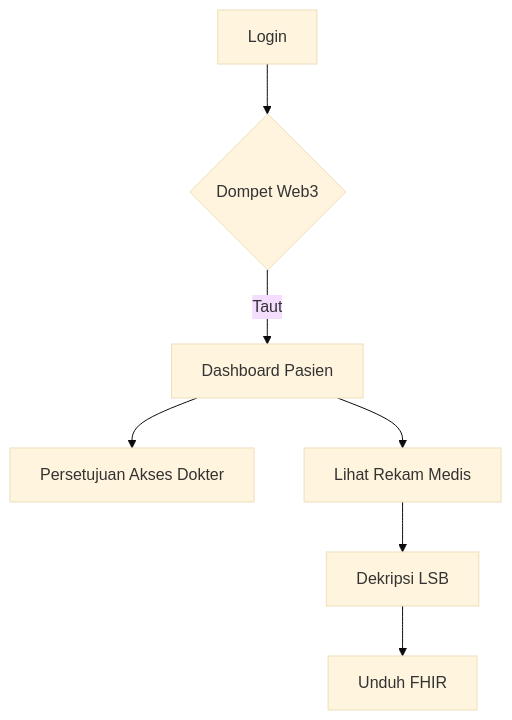
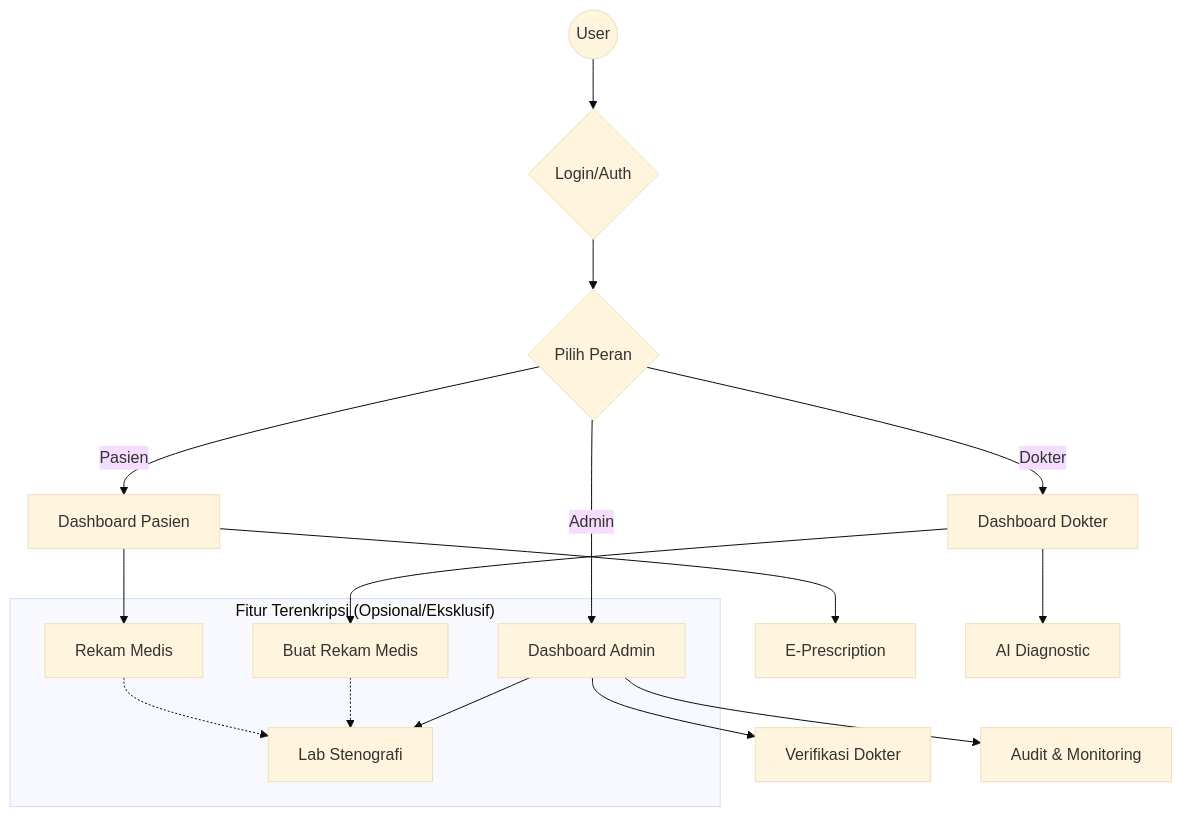
The second of 4 diagrams in README.md (xexoxexo/SEMEDICHAN), drawn with Mermaid (base theme) before and after one commit. The commit also changed other lines of this file and 22 other files, not shown here.

````diff
--- a/README.md
+++ b/README.md
@@ -27,9 +163,23 @@
 ```mermaid
 graph TD
-    A[Login] --> B{Dompet Web3}
-    B -->|Taut| C[Dashboard Pasien]
-    C --> D[Persetujuan Akses Dokter]
-    C --> E[Lihat Rekam Medis]
-    E --> F[Dekripsi LSB]
-    F --> G[Unduh FHIR]
+    User((User)) --> Login{Login/Auth}
+    Login --> Role{Pilih Peran}
+    
+    Role -- Pasien --> Pat[Dashboard Pasien]
+    Pat --> P1[Rekam Medis]
+    Pat --> P2[E-Prescription]
+    
+    Role -- Dokter --> Doc[Dashboard Dokter]
+    Doc --> D1[Buat Rekam Medis]
+    Doc --> D2[AI Diagnostic]
+    
+    Role -- Admin --> Admin[Dashboard Admin]
+    Admin --> A1[Verifikasi Dokter]
+    Admin --> A2[Audit & Monitoring]
+    
+    subgraph "Fitur Terenkripsi (Opsional/Eksklusif)"
+    P1 -.-> Lab[Lab Stenografi]
+    D1 -.-> Lab
+    Admin --> Lab
+    end
 ```
````
